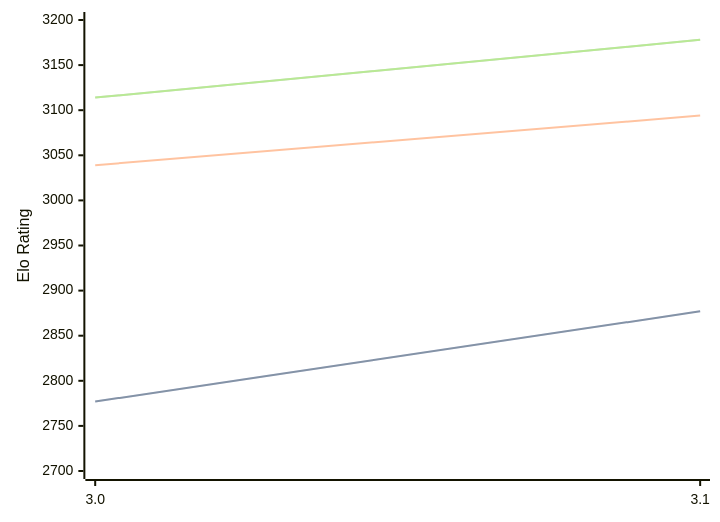
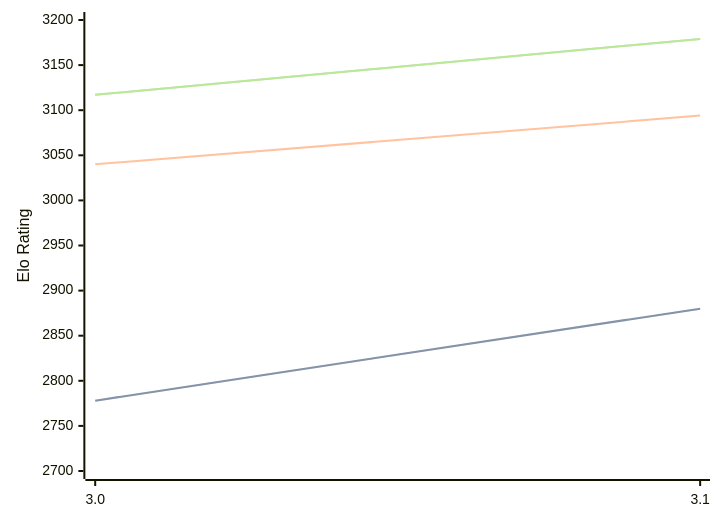
One commit to computer-chess-index/cci changed the diagram in engines/Vajolet2.md. Above: the diagram before and after it, drawn with Mermaid. The commit also changed other lines of this file, not shown here.

Commit message:
Update CCI Ratings (ELO VLTC) - 2026-05-06

````diff
--- a/engines/Vajolet2.md
+++ b/engines/Vajolet2.md
@@ -40,11 +40,11 @@
 ```mermaid
 %%{init: {"theme":"base","themeVariables":{"seriesColors:['#a3a3a3','#222221','#faa371']}}}%%
 xychart-beta
   x-axis ["3.0", "3.1"]
   y-axis "Elo Rating" 2700 --> 3200
-  line "STC (8.0+0.08s)" [2777, 2877]
-  line "STC (8.0+0.08s)" [2777, 2877]
-  line "LTC (60.0+0.60s)" [3039, 3094]
-  line "VLTC (2m24s+1.12s)" [3114, 3178]
-  line "VLTC (2m24s+1.12s)" [3114, 3178]
+  line "STC (8.0+0.08s)" [2778, 2880]
+  line "STC (8.0+0.08s)" [2778, 2880]
+  line "LTC (60.0+0.60s)" [3040, 3094]
+  line "VLTC (2m24s+1.12s)" [3117, 3179]
+  line "VLTC (2m24s+1.12s)" [3117, 3179]
 ```
````
